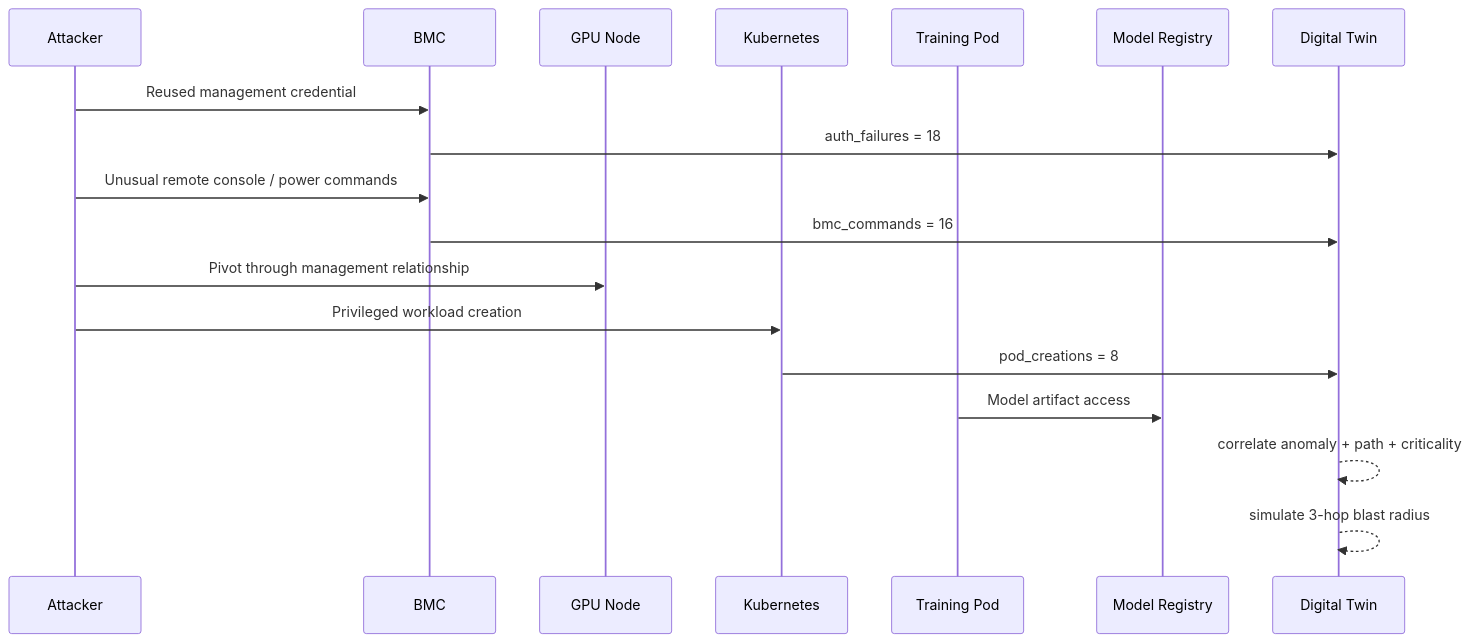
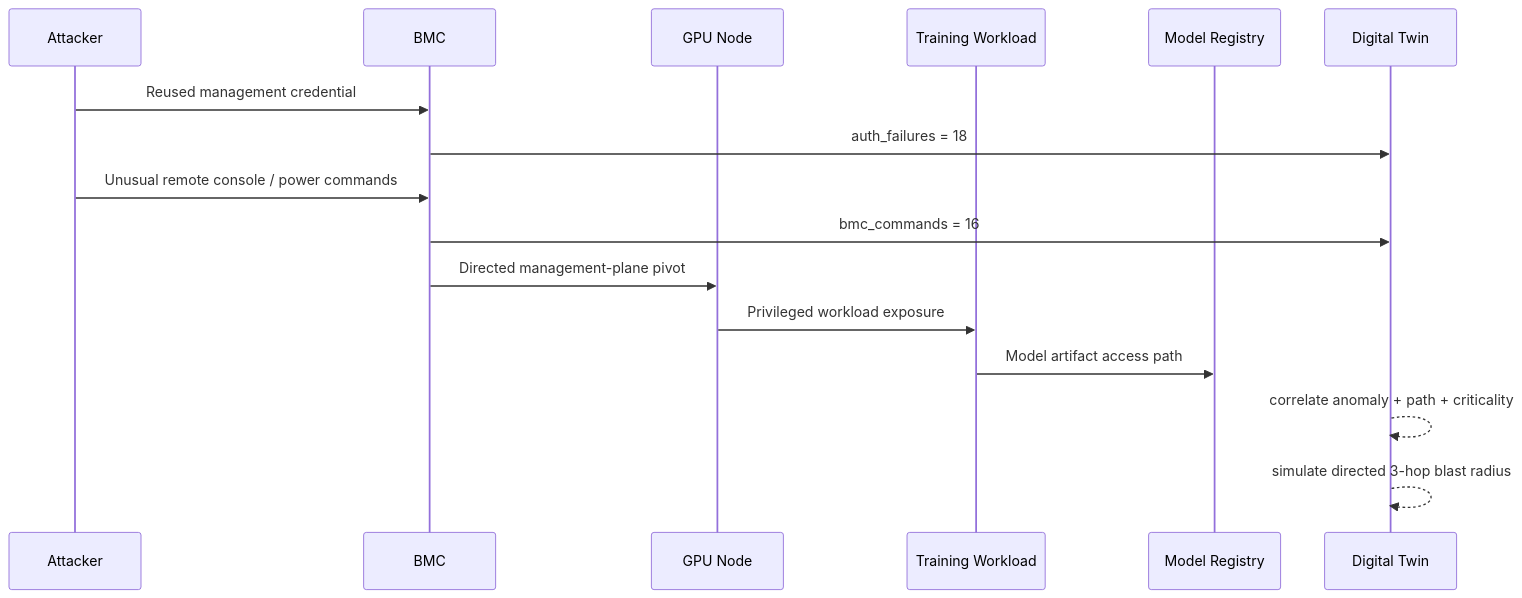
One commit to VinayK88/ai-datacenter-security-digital-twin changed the fourth of 5 diagrams in README.md. Above: the diagram before and after it, drawn with Mermaid. The commit also changed other lines of this file, not shown here.

Commit message:
Align README with directed reachability and hardened CI

````diff
--- a/README.md
+++ b/README.md
@@ -150,21 +177,19 @@
 ```mermaid
 sequenceDiagram
     participant A as Attacker
     participant B as BMC
     participant N as GPU Node
-    participant K as Kubernetes
-    participant P as Training Pod
+    participant P as Training Workload
     participant M as Model Registry
     participant D as Digital Twin
 
     A->>B: Reused management credential
     B->>D: auth_failures = 18
     A->>B: Unusual remote console / power commands
     B->>D: bmc_commands = 16
-    A->>N: Pivot through management relationship
-    A->>K: Privileged workload creation
-    K->>D: pod_creations = 8
-    P->>M: Model artifact access
+    B->>N: Directed management-plane pivot
+    N->>P: Privileged workload exposure
+    P->>M: Model artifact access path
     D-->>D: correlate anomaly + path + criticality
-    D-->>D: simulate 3-hop blast radius
+    D-->>D: simulate directed 3-hop blast radius
 ```
````
